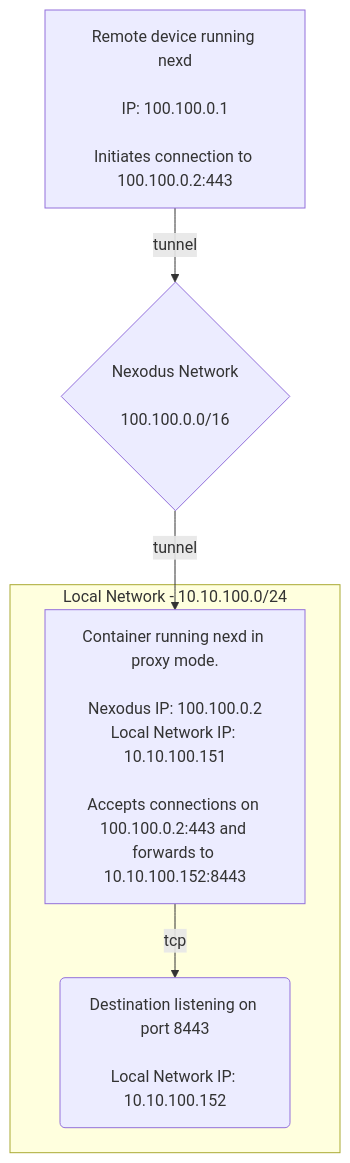
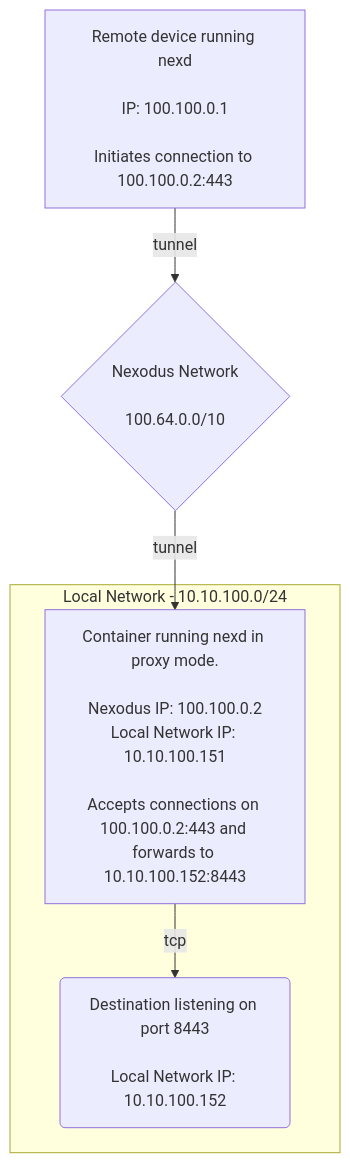
The first of 3 diagrams in docs/user-guide/nexd-proxy.md (nexodus-io/nexodus), drawn with Mermaid before and after one commit. The commit also changed other lines of this file and 22 other files, not shown here.

````diff
--- a/docs/user-guide/nexd-proxy.md
+++ b/docs/user-guide/nexd-proxy.md
@@ -38,10 +38,10 @@
 ```mermaid
 flowchart TD
  linkStyle default interpolate basis
- device1[Remote device running nexd<br/><br/>IP: 100.100.0.1<br/><br/>Initiates connection to 100.100.0.2:443]-->|tunnel|network{Nexodus Network<br/><br/>100.100.0.0/16}
+ device1[Remote device running nexd<br/><br/>IP: 100.100.0.1<br/><br/>Initiates connection to 100.100.0.2:443]-->|tunnel|network{Nexodus Network<br/><br/>100.64.0.0/10}
  network-->|tunnel|container[Container running nexd in proxy mode.<br/><br/>Nexodus IP: 100.100.0.2<br/>Local Network IP: 10.10.100.151<br/><br/>Accepts connections on 100.100.0.2:443 and forwards to 10.10.100.152:8443]
 
  subgraph Local Network - 10.10.100.0/24
  container-->|tcp|dest(Destination listening on port 8443<br/><br/>Local Network IP: 10.10.100.152)
  end
 ```
````
